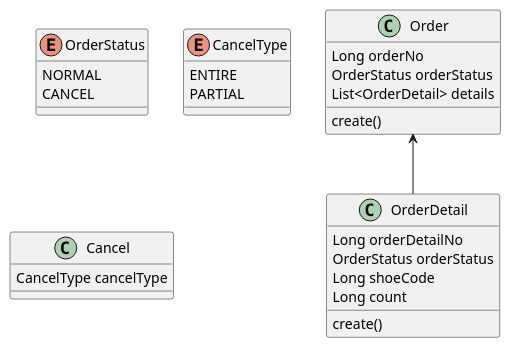
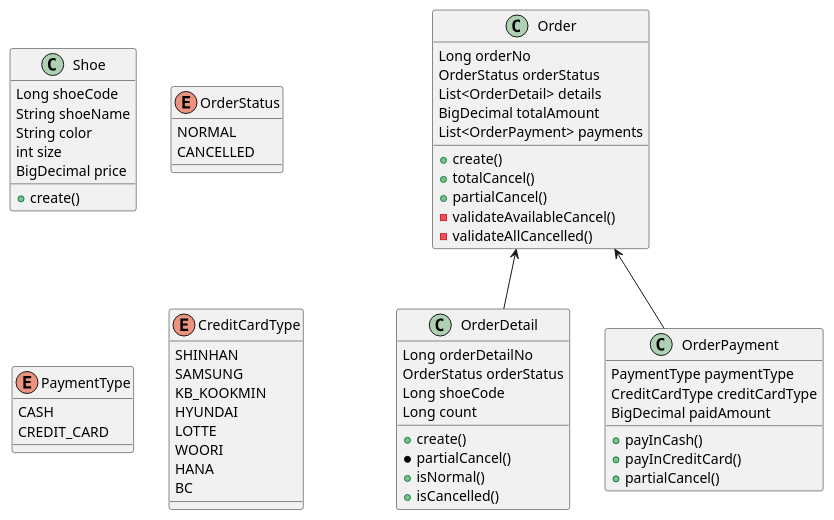
One commit to ABC-Mart-Owners-club/namjoon-shoe-store changed the diagram in docs/DomainStructure.puml. Above: the diagram before and after it, drawn with PlantUML.

Commit message:
Docs : [#3] modify domain structure

```diff
--- a/docs/DomainStructure.puml
+++ b/docs/DomainStructure.puml
@@ -1,34 +1,70 @@
 @startuml
+
+class Shoe {
+Long shoeCode
+String shoeName
+String color
+int size
+BigDecimal price
++ create()
+}
 
 enum OrderStatus {
 NORMAL
-CANCEL
+CANCELLED
 }
 
 class Order {
 Long orderNo
 OrderStatus orderStatus
 List<OrderDetail> details
-create()
+BigDecimal totalAmount
+List<OrderPayment> payments
++ create()
++ totalCancel()
++ partialCancel()
+- validateAvailableCancel()
+- validateAllCancelled()
 }
 
 class OrderDetail {
 Long orderDetailNo
 OrderStatus orderStatus
 Long shoeCode
 Long count
-create()
++ create()
+* partialCancel()
++ isNormal()
++ isCancelled()
 }
 
-enum CancelType {
-ENTIRE
-PARTIAL
+class OrderPayment {
+PaymentType paymentType
+CreditCardType creditCardType
+BigDecimal paidAmount
++ payInCash()
++ payInCreditCard()
++ partialCancel()
 }
 
-class Cancel {
-CancelType cancelType
+enum PaymentType {
+CASH
+CREDIT_CARD
 }
 
+enum CreditCardType {
+SHINHAN
+SAMSUNG
+KB_KOOKMIN
+HYUNDAI
+LOTTE
+WOORI
+HANA
+BC
+}
+
+
 Order <-- OrderDetail
+Order <-- OrderPayment
 
 @enduml
```
